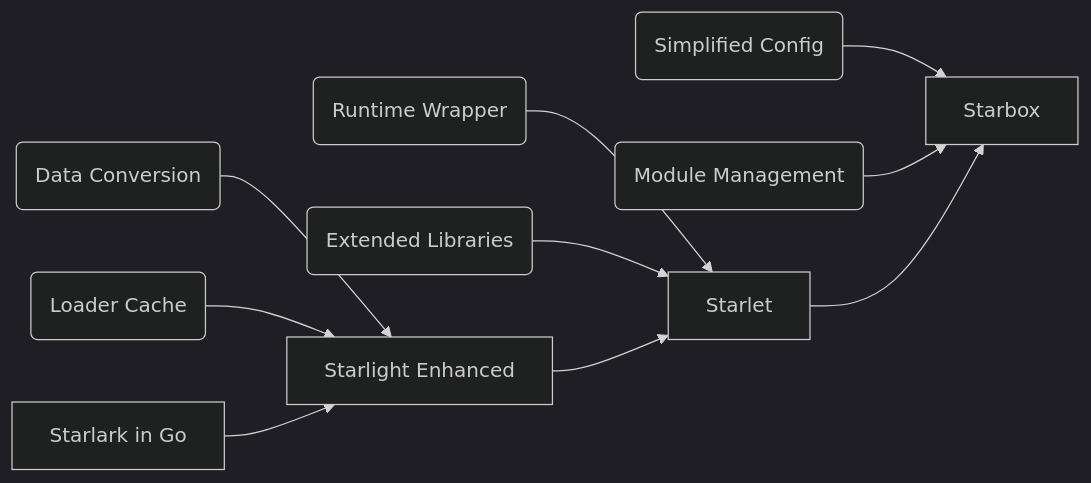
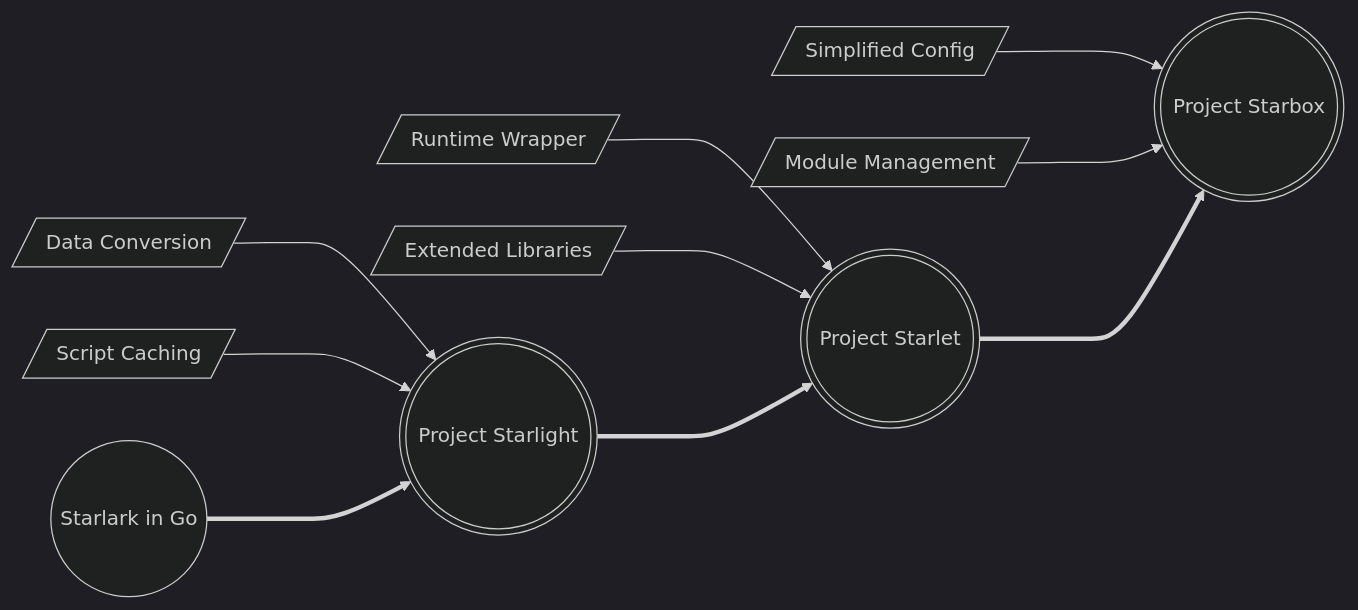
The diagram in Writerside/topics/overview.md (PureMature/star), drawn with Mermaid (dark theme) before and after one commit.

Commit message:
refine diagram

````diff
--- a/Writerside/topics/overview.md
+++ b/Writerside/topics/overview.md
@@ -41,26 +41,29 @@
 ```mermaid
 graph LR
 
-A[Starlark in Go]
-B1(Data Conversion)
-B2(Loader Cache)
-B[Starlight Enhanced]
-C1(Runtime Wrapper)
-C2(Extended Libraries)
-C[Starlet]
-D1(Simplified Config)
-D2(Module Management)
-D[Starbox]
+A((Starlark in Go))
+B1[/Data Conversion/]
+B2[/Script Caching/]
 
-B1 --> B
-B2 --> B
-A --> B
+B(((Project Starlight)))
+C1[/Runtime Wrapper/]
+C2[/Extended Libraries/]
 
-C1 --> C
-C2 --> C
-B --> C
+C(((Project Starlet)))
+D1[/Simplified Config/]
+D2[/Module Management/]
 
-D1 --> D
-D2 --> D
-C --> D
+D(((Project Starbox)))
+
+B1 ---> B
+B2 ---> B
+A ===> B
+
+C1 ---> C
+C2 ---> C
+B ===> C
+
+D1 ---> D
+D2 ---> D
+C ===> D
 ```
````
